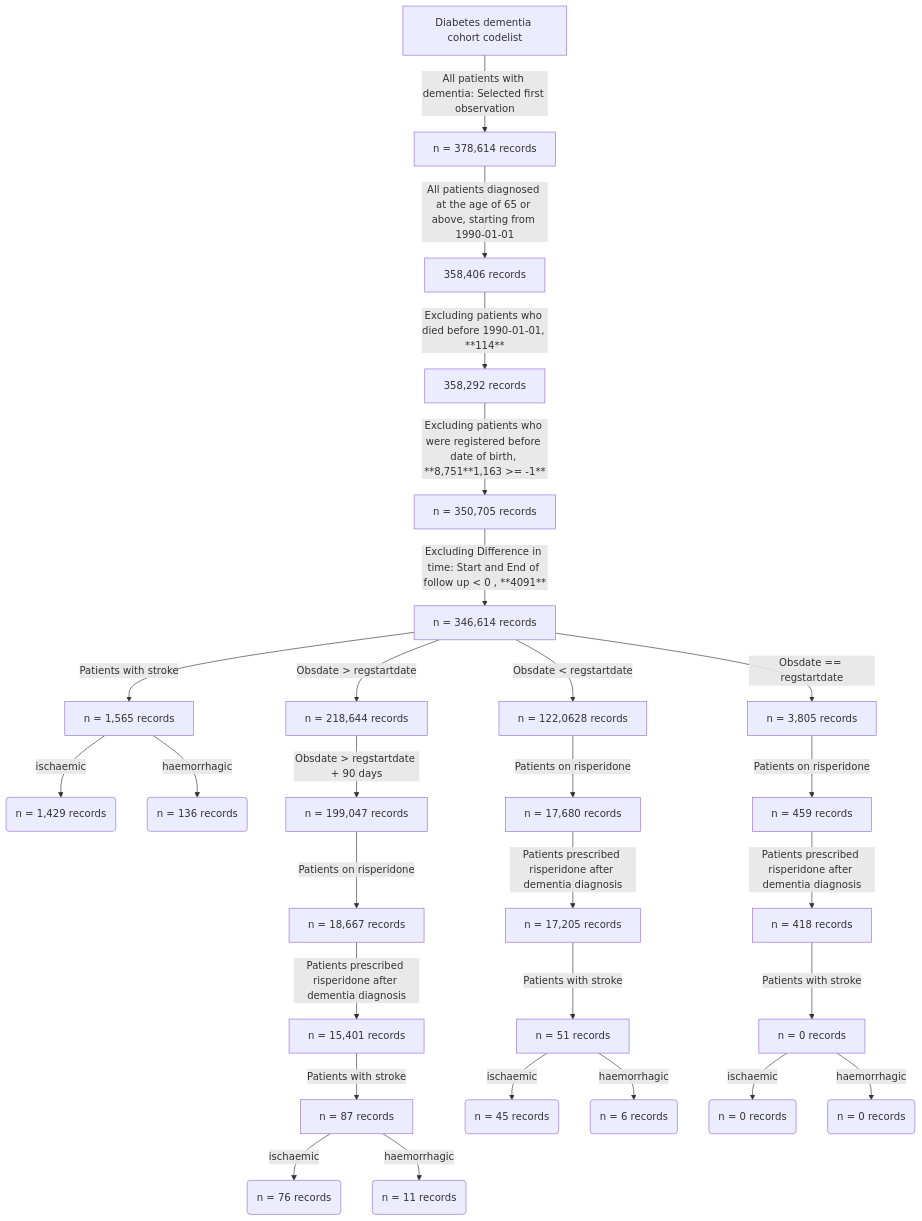
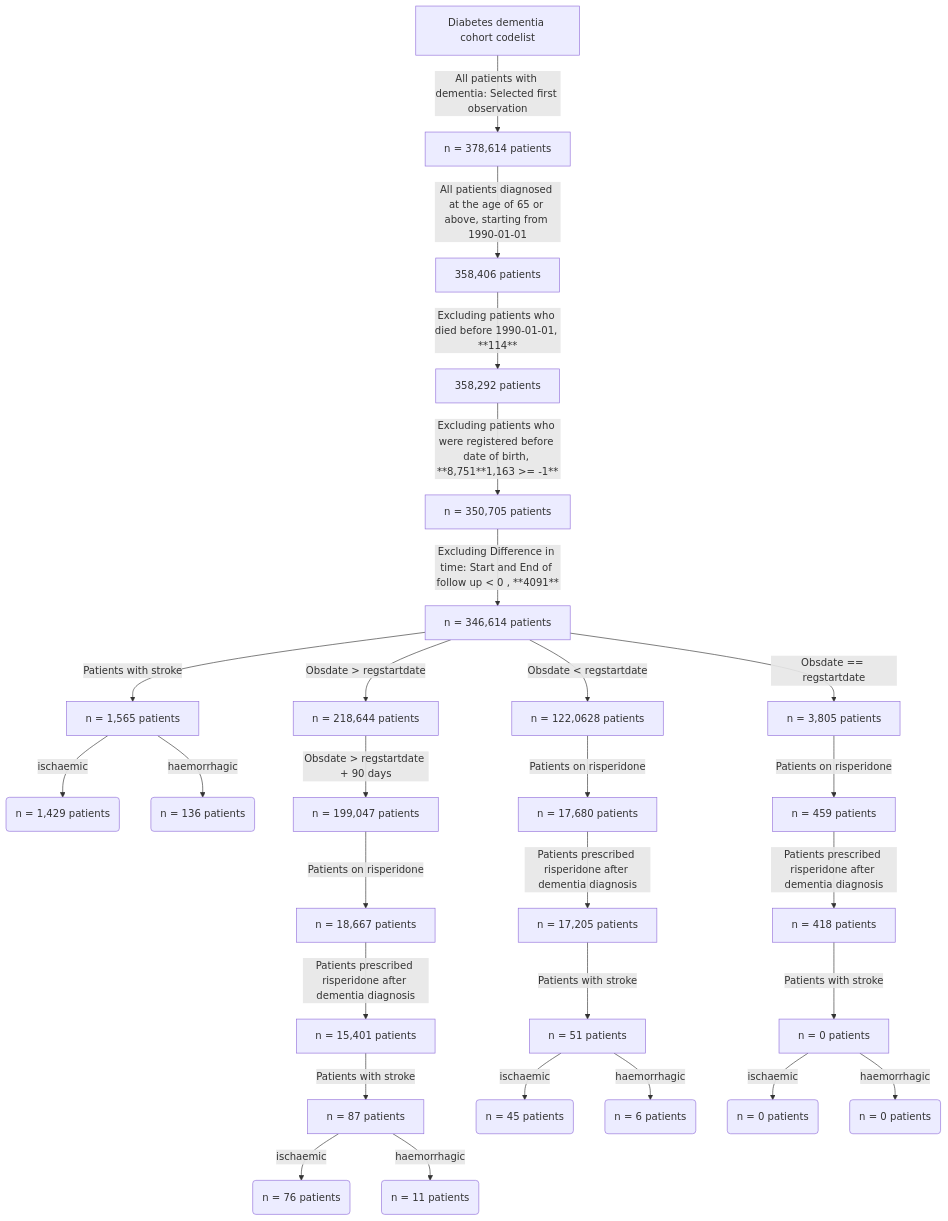
The first of 2 diagrams in iPRIME/README.md (Exeter-Diabetes/Dementia), drawn with Mermaid before and after one commit.

````diff
--- a/iPRIME/README.md
+++ b/iPRIME/README.md
@@ -11,41 +11,42 @@
 ```mermaid
 flowchart TD
-    A[Diabetes dementia cohort codelist ] -->|All patients with dementia: Selected first observation| B(n = 378,614 records)
-    B[n = 378,614 records ] -->| All patients diagnosed at the age of 65 or above, starting from 1990-01-01  | C(n = 358,406 records)
-    C[358,406 records ] -->| Excluding patients who died before 1990-01-01, **114**   | D(n = 358,292 records)
-    D[358,292 records ] -->| Excluding patients who were registered before date of birth, **8,751**1,163 >= -1**    | F(n = 350,705 records)
-    F[n = 350,705 records ] -->| Excluding Difference in time: Start and End of follow up < 0 , **4091**  | K(n = 346,614 records)
-    K[n = 346,614 records ] -->| Obsdate < regstartdate  | G(n = 122,0628 records)
-    K[n = 346,614 records ] -->| Obsdate == regstartdate  | H(n = 3,805 records)
-    K[n = 346,614 records ] -->| Obsdate > regstartdate  | I(n = 218,644 records)
-    K[n = 346,614 records ] -->| Patients with stroke  | IZ(n = 218,644 records)
-    IZ[n = 1,565 records ] -->| ischaemic  | IK(n = 1,429 records)
-    IZ[n = 1,565 records ] -->| haemorrhagic   | IJ(n = 136 records)
-    I[n = 218,644  records ] -->| Obsdate > regstartdate + 90 days  | J(n = 199,047 records)
-    J[n = 199,047  records ] -->| Patients on risperidone  | N(n = 18,667 records)
-    N[n = 18,667  records ] -->| Patients prescribed risperidone after dementia diagnosis  | P(n = 15,401 records)
-    P[n = 15,401  records ] -->| Patients with stroke  | Q(n = 87 records)
-    Q[n = 87  records ] -->| ischaemic   | R(n = 76 records)
-    Q[n = 87  records ] -->| haemorrhagic      | T(n = 11 records)
+    A[Diabetes dementia cohort codelist ] -->|All patients with dementia: Selected first observation| B(n = 378,614 patients)
+    B[n = 378,614 patients ] -->| All patients diagnosed at the age of 65 or above, starting from 1990-01-01  | C(n = 358,406 patients)
+    C[358,406 patients ] -->| Excluding patients who died before 1990-01-01, **114**   | D(n = 358,292 patients)
+    D[358,292 patients ] -->| Excluding patients who were registered before date of birth, **8,751**1,163 >= -1**    | F(n = 350,705 patients)
+    F[n = 350,705 patients ] -->| Excluding Difference in time: Start and End of follow up < 0 , **4091**  | K(n = 346,614 patients)
+    K[n = 346,614 patients ] -->| Obsdate < regstartdate  | G(n = 122,0628 patients)
+    K[n = 346,614 patients ] -->| Obsdate == regstartdate  | H(n = 3,805 patients)
+    K[n = 346,614 patients ] -->| Obsdate > regstartdate  | I(n = 218,644 patients)
+    K[n = 346,614 patients ] -->| Patients with stroke  | IZ(n = 218,644 patients)
+    IZ[n = 1,565 patients ] -->| ischaemic  | IK(n = 1,429 patients)
+    IZ[n = 1,565 patients ] -->| haemorrhagic   | IJ(n = 136 patients)
+    I[n = 218,644  patients ] -->| Obsdate > regstartdate + 90 days  | J(n = 199,047 patients)
+    J[n = 199,047  patients ] -->| Patients on risperidone  | N(n = 18,667 patients)
+    N[n = 18,667  patients ] -->| Patients prescribed risperidone after dementia diagnosis  | P(n = 15,401 patients)
+    P[n = 15,401  patients ] -->| Patients with stroke  | Q(n = 87 patients)
+    Q[n = 87  patients ] -->| ischaemic   | R(n = 76 patients)
+    Q[n = 87  patients ] -->| haemorrhagic      | T(n = 11 patients)
 
 
     
 
-    G[n = 122,0628 records ] -->| Patients on risperidone  | X(n = 17,680 records)
-    X[n = 17,680  records ] -->| Patients prescribed risperidone after dementia diagnosis  | Z(n = 17,205 records)
-    Z[n = 17,205  records ] -->| Patients with stroke  | Y(n = 51 records)
-    Y[n = 51  records ] -->| ischaemic   | U(n = 45 records)
-    Y[n = 51  records ] -->| haemorrhagic      | V(n = 6 records)
+    G[n = 122,0628 patients ] -->| Patients on risperidone  | X(n = 17,680 patients)
+    X[n = 17,680  patients ] -->| Patients prescribed risperidone after dementia diagnosis  | Z(n = 17,205 patients)
+    Z[n = 17,205  patients ] -->| Patients with stroke  | Y(n = 51 patients)
+    Y[n = 51  patients ] -->| ischaemic   | U(n = 45 patients)
+    Y[n = 51  patients ] -->| haemorrhagic      | V(n = 6 patients)
 
 
 
-    H[ n = 3,805 records ] -->| Patients on risperidone  | XV(n = 459 records)
-    XV[n = 459 records ] -->| Patients prescribed risperidone after dementia diagnosis  | ZV(n = 418 records)
-    ZV[n = 418 records ] -->| Patients with stroke  | YV(n = 0 records)
-    YV[n = 0 records ] -->| ischaemic   | UV(n = 0 records)
-    YV[n = 0 records ] -->| haemorrhagic      | VV(n = 0 records)
+    H[ n = 3,805 patients ] -->| Patients on risperidone  | XV(n = 459 patients)
+    XV[n = 459 patients ] -->| Patients prescribed risperidone after dementia diagnosis  | ZV(n = 418 patients)
+    ZV[n = 418 patients ] -->| Patients with stroke  | YV(n = 0 patients)
+    YV[n = 0 patients ] -->| ischaemic   | UV(n = 0 patients)
+    YV[n = 0 patients ] -->| haemorrhagic      | VV(n = 0 patients)
+
 
 
 
 
 ```
````
